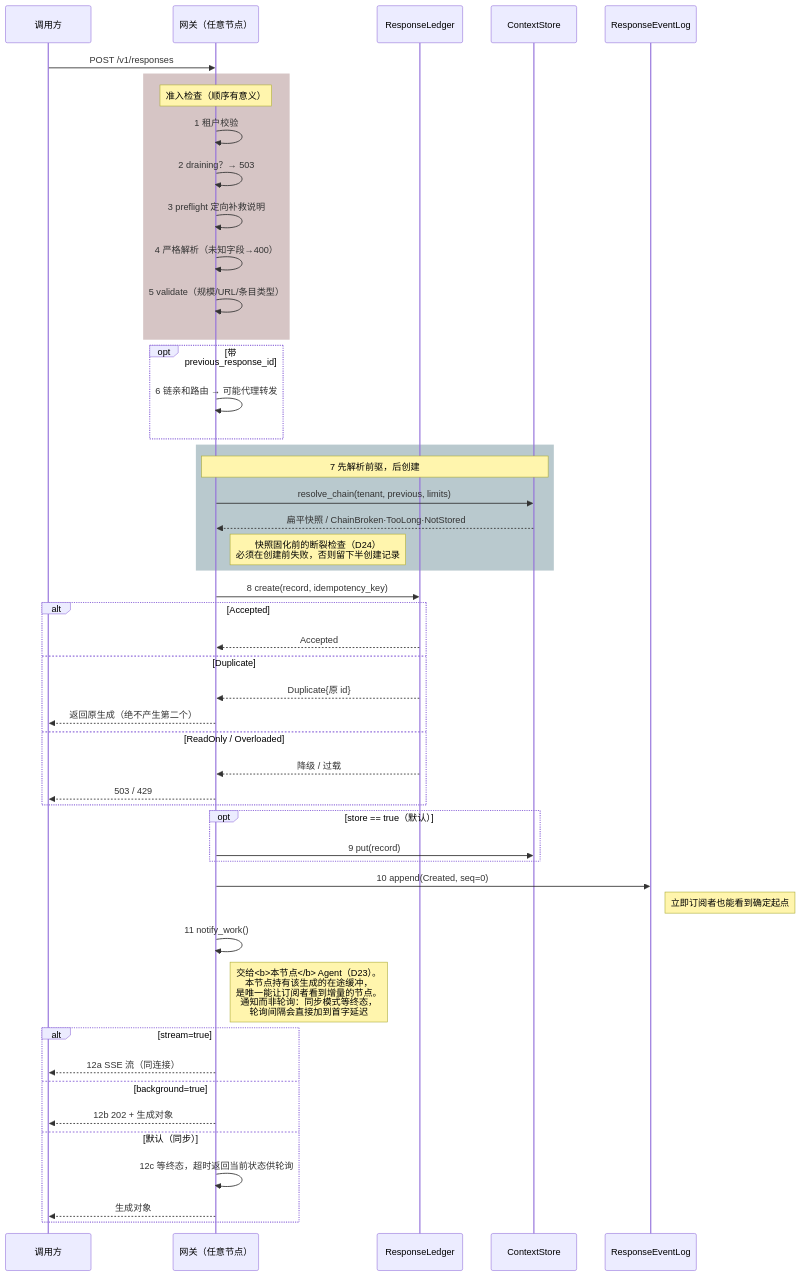
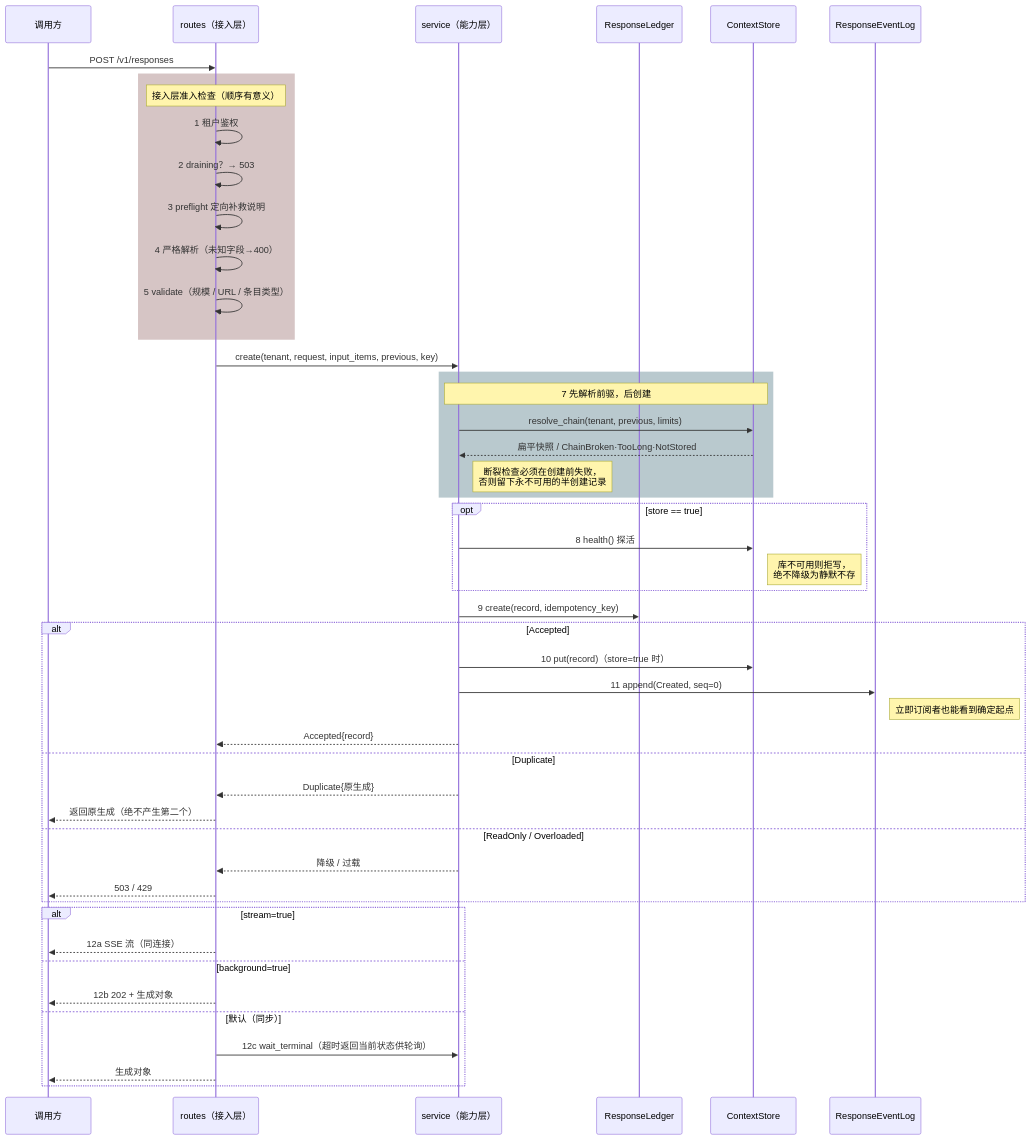
Before and after one commit to charleslyh/nova-chat: the fourth of 9 diagrams in docs/design/00-architecture-review.md, drawn with Mermaid. The commit also changed other lines of this file and 91 other files, not shown here.

````diff
--- a/docs/design/00-architecture-review.md
+++ b/docs/design/00-architecture-review.md
@@ -315,60 +346,57 @@
 ```mermaid
 sequenceDiagram
     participant C as 调用方
-    participant G as 网关（任意节点）
+    participant R as routes（接入层）
+    participant V as service（能力层）
     participant L as ResponseLedger
     participant S as ContextStore
     participant E as ResponseEventLog
 
-    C->>G: POST /v1/responses
+    C->>R: POST /v1/responses
 
     rect rgba(92, 26, 26, 0.25)
-    Note over G: 准入检查（顺序有意义）
-    G->>G: 1 租户校验
-    G->>G: 2 draining？→ 503
-    G->>G: 3 preflight 定向补救说明
-    G->>G: 4 严格解析（未知字段→400）
-    G->>G: 5 validate（规模/URL/条目类型）
+    Note over R: 接入层准入检查（顺序有意义）
+    R->>R: 1 租户鉴权
+    R->>R: 2 draining？→ 503
+    R->>R: 3 preflight 定向补救说明
+    R->>R: 4 严格解析（未知字段→400）
+    R->>R: 5 validate（规模 / URL / 条目类型）
     end
 
-    opt 带 previous_response_id
-    G->>G: 6 链亲和路由 → 可能代理转发
+    R->>V: create(tenant, request, input_items, previous, key)
+
+    rect rgba(26, 77, 92, 0.3)
+    Note over V,S: 7 先解析前驱，后创建
+    V->>S: resolve_chain(tenant, previous, limits)
+    S-->>V: 扁平快照 / ChainBroken·TooLong·NotStored
+    Note right of V: 断裂检查必须在创建前失败，<br/>否则留下永不可用的半创建记录
     end
 
-    rect rgba(26, 77, 92, 0.3)
-    Note over G,S: 7 先解析前驱，后创建
-    G->>S: resolve_chain(tenant, previous, limits)
-    S-->>G: 扁平快照 / ChainBroken·TooLong·NotStored
-    Note right of G: 快照固化前的断裂检查（D24）<br/>必须在创建前失败，否则留下半创建记录
+    opt store == true
+    V->>S: 8 health() 探活
+    Note right of S: 库不可用则拒写，<br/>绝不降级为静默不存
     end
 
-    G->>L: 8 create(record, idempotency_key)
+    V->>L: 9 create(record, idempotency_key)
     alt Accepted
-        L-->>G: Accepted
+        V->>S: 10 put(record)（store=true 时）
+        V->>E: 11 append(Created, seq=0)
+        Note right of E: 立即订阅者也能看到确定起点
+        V-->>R: Accepted{record}
     else Duplicate
-        L-->>G: Duplicate{原 id}
-        G-->>C: 返回原生成（绝不产生第二个）
+        V-->>R: Duplicate{原生成}
+        R-->>C: 返回原生成（绝不产生第二个）
     else ReadOnly / Overloaded
-        L-->>G: 降级 / 过载
-        G-->>C: 503 / 429
+        V-->>R: 降级 / 过载
+        R-->>C: 503 / 429
     end
 
-    opt store == true（默认）
-    G->>S: 9 put(record)
-    end
-
-    G->>E: 10 append(Created, seq=0)
-    Note right of E: 立即订阅者也能看到确定起点
-
-    G->>G: 11 notify_work()
-    Note right of G: 交给<b>本节点</b> Agent（D23）。<br/>本节点持有该生成的在途缓冲，<br/>是唯一能让订阅者看到增量的节点。<br/>通知而非轮询：同步模式等终态，<br/>轮询间隔会直接加到首字延迟
-
     alt stream=true
-        G-->>C: 12a SSE 流（同连接）
+        R-->>C: 12a SSE 流（同连接）
     else background=true
-        G-->>C: 12b 202 + 生成对象
+        R-->>C: 12b 202 + 生成对象
     else 默认（同步）
-        G->>G: 12c 等终态，超时返回当前状态供轮询
-        G-->>C: 生成对象
+        R->>V: 12c wait_terminal（超时返回当前状态供轮询）
+        R-->>C: 生成对象
     end
 ```
````
